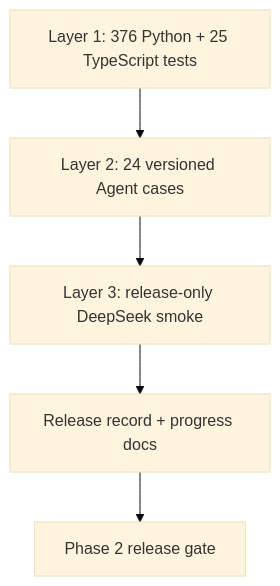
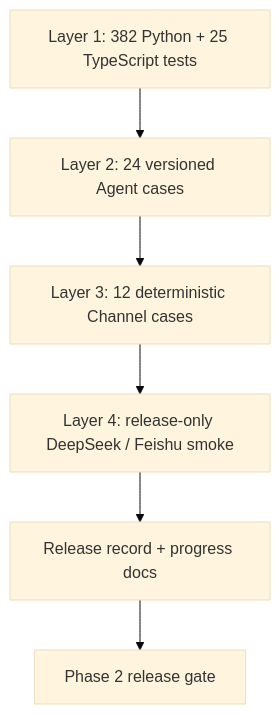
One commit to NEDONION/lobster0 changed the first of 4 diagrams in docs/engineering/phase-2/testing-and-debugging.md. Above: the diagram before and after it, drawn with Mermaid (base theme). The commit also changed other lines of this file and 16 other files, not shown here.

Commit message:
test: reconcile tui and channel release gates

````diff
--- a/docs/engineering/phase-2/testing-and-debugging.md
+++ b/docs/engineering/phase-2/testing-and-debugging.md
@@ -22,7 +22,8 @@
 ```mermaid
 flowchart TB
-    UNIT["Layer 1: 376 Python + 25 TypeScript tests"] --> OFFLINE["Layer 2: 24 versioned Agent cases"]
-    OFFLINE --> LIVE["Layer 3: release-only DeepSeek smoke"]
+    UNIT["Layer 1: 382 Python + 25 TypeScript tests"] --> OFFLINE["Layer 2: 24 versioned Agent cases"]
+    OFFLINE --> CHANNEL["Layer 3: 12 deterministic Channel cases"]
+    CHANNEL --> LIVE["Layer 4: release-only DeepSeek / Feishu smoke"]
     LIVE --> DOC["Release record + progress docs"]
     DOC --> RELEASE["Phase 2 release gate"]
 ```
````
